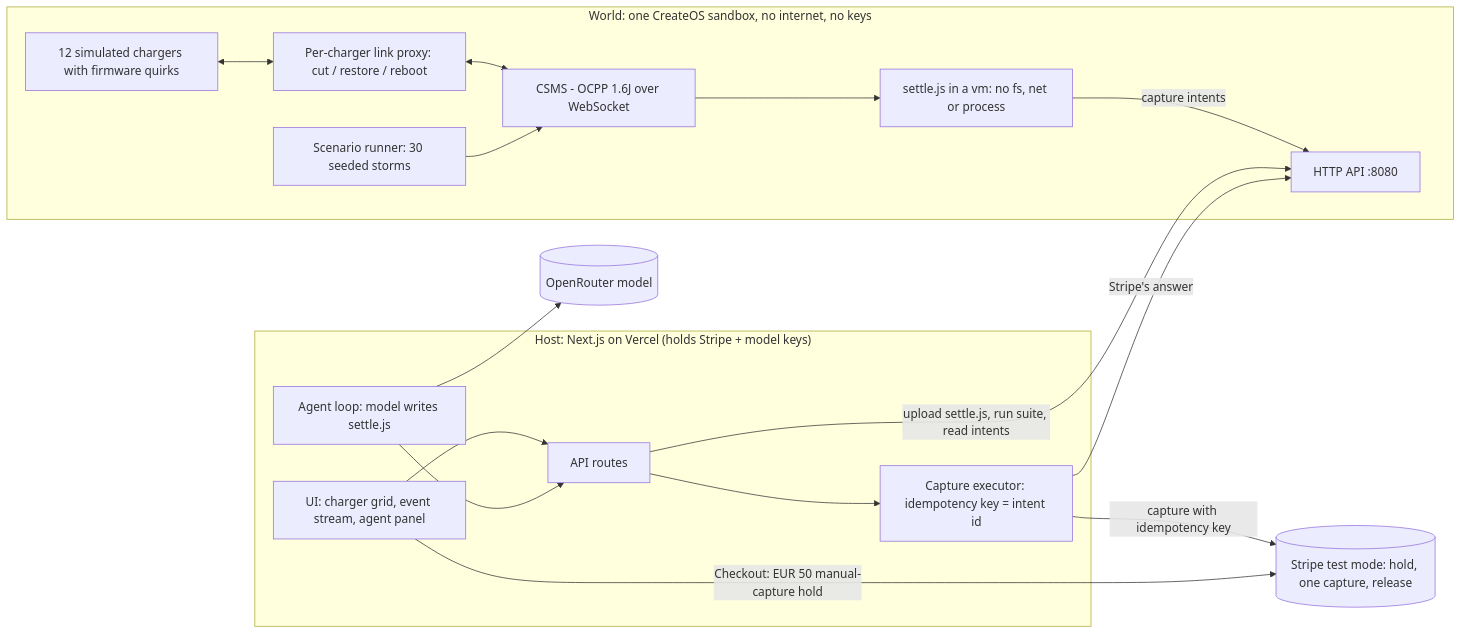
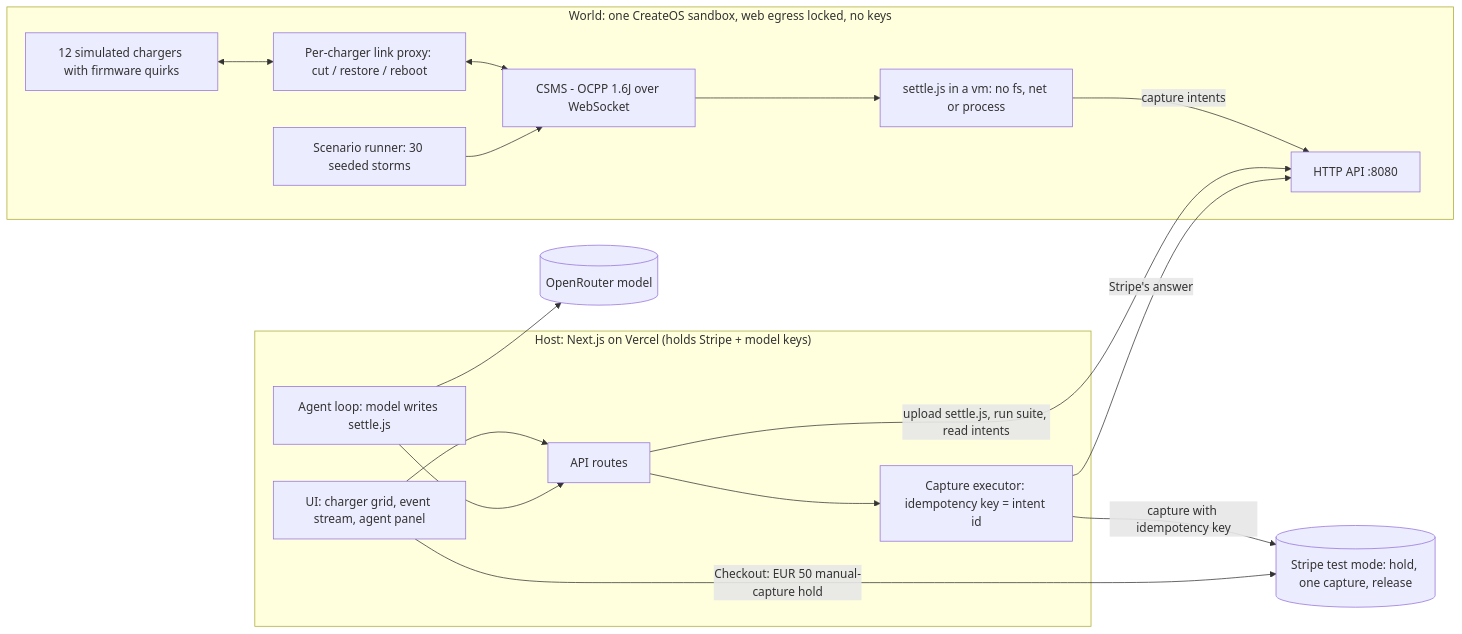
The diagram in README.md (iamdflame/once), drawn with Mermaid before and after one commit. The commit also changed other lines of this file and 5 other files, not shown here.

````diff
--- a/README.md
+++ b/README.md
@@ -96,30 +96,30 @@
 ```mermaid
 flowchart LR
   subgraph Host["Host: Next.js on Vercel (holds Stripe + model keys)"]
     UI[UI: charger grid, event stream, agent panel]
     API[API routes]
     AG[Agent loop: model writes settle.js]
     EX[Capture executor: idempotency key = intent id]
   end
-  subgraph World["World: one CreateOS sandbox, no internet, no keys"]
+  subgraph World["World: one CreateOS sandbox, web egress locked, no keys"]
     CSMS[CSMS - OCPP 1.6J over WebSocket]
     CH[12 simulated chargers with firmware quirks]
     LP[Per-charger link proxy: cut / restore / reboot]
     ST[settle.js in a vm: no fs, net or process]
     SR[Scenario runner: 30 seeded storms]
     CH <--> LP <--> CSMS
     CSMS --> ST
     ST -->|capture intents| WAPI[HTTP API :8080]
     SR --> CSMS
   end
   STRIPE[(Stripe test mode: hold, one capture, release)]
   OR[(OpenRouter model)]
   UI --> API
   API -->|upload settle.js, run suite, read intents| WAPI
   AG --> OR
   AG --> API
   API --> EX
   EX -->|capture with idempotency key| STRIPE
   EX -->|Stripe's answer| WAPI
   UI -->|Checkout: EUR 50 manual-capture hold| STRIPE
 ```
````
